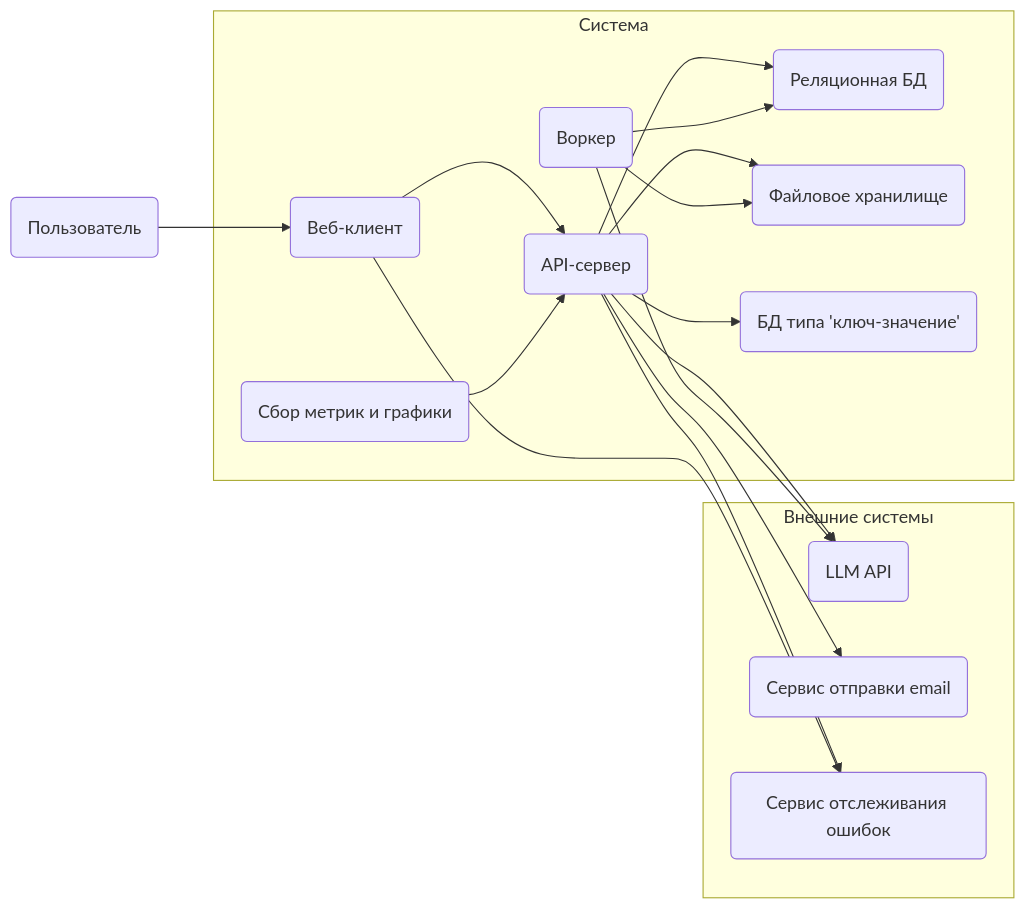
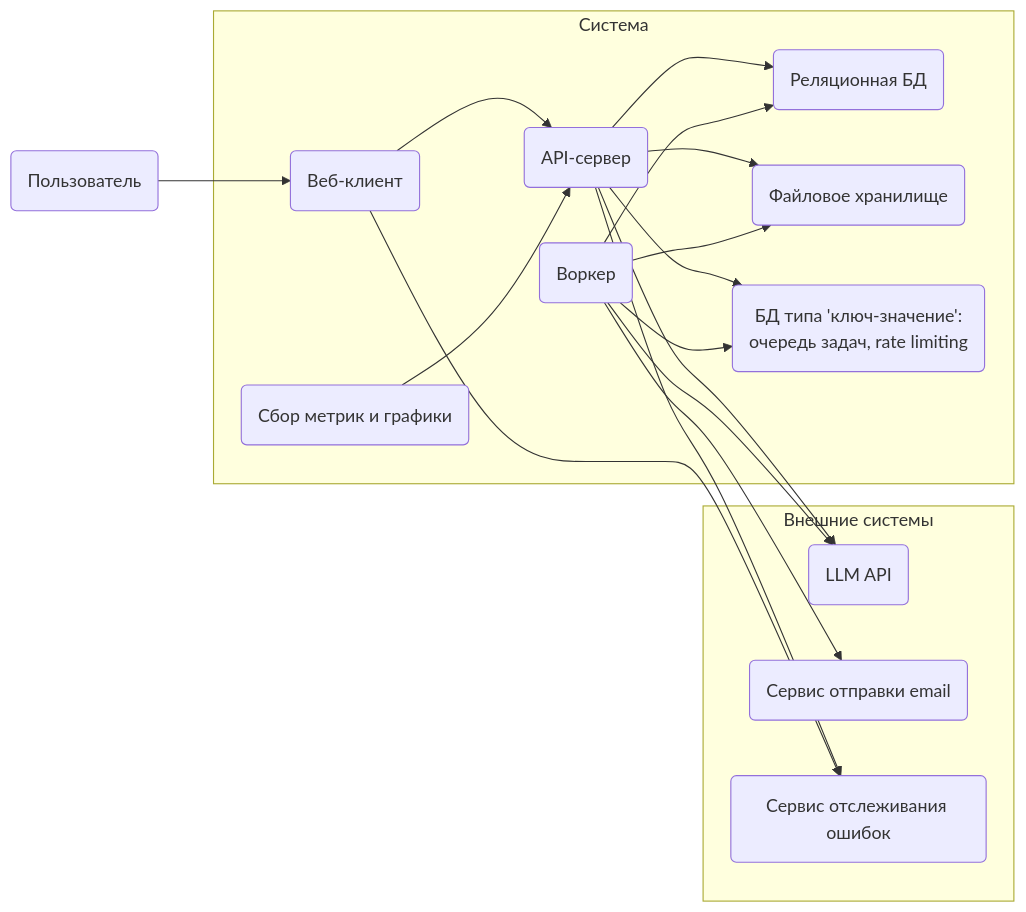
Before and after one commit to Daniil-Solo/Saas-Template: the first of 4 diagrams in backend/docs/architecture/architecture.md, drawn with Mermaid. The commit also changed other lines of this file and 88 other files, not shown here.

Commit message:
Add email notifications: queue, sender, templater, tasks, API and docs

````diff
--- a/backend/docs/architecture/architecture.md
+++ b/backend/docs/architecture/architecture.md
@@ -9,39 +9,40 @@
 ```mermaid
 flowchart LR
     user("Пользователь")
 
     subgraph System["Система"]
         frontend("Веб-клиент")
         api("API-сервер")
         worker("Воркер")
         db("Реляционная БД")
         storage("Файловое хранилище")
-        cache("БД типа 'ключ-значение'")
+        cache("БД типа 'ключ-значение':<br>очередь задач, rate limiting")
         metrics("Сбор метрик и графики")
     end
     subgraph External["Внешние системы"]
         llm("LLM API")
         email("Сервис отправки email")
         errors("Сервис отслеживания ошибок")
     end
 
     %% Коммуникации внутри
     frontend --> api
     metrics --> api
 
     api --> db
     api --> cache
     api --> storage
     worker --> db
     worker --> storage
+    worker --> cache
 
     %% Коммуникации с внешними системами
-    api --> email
+    worker --> email
     api --> llm
     worker --> llm
     api --> errors
     frontend --> errors
 
     %% Внешний доступ пользователя
     user --> frontend
 ```
````
